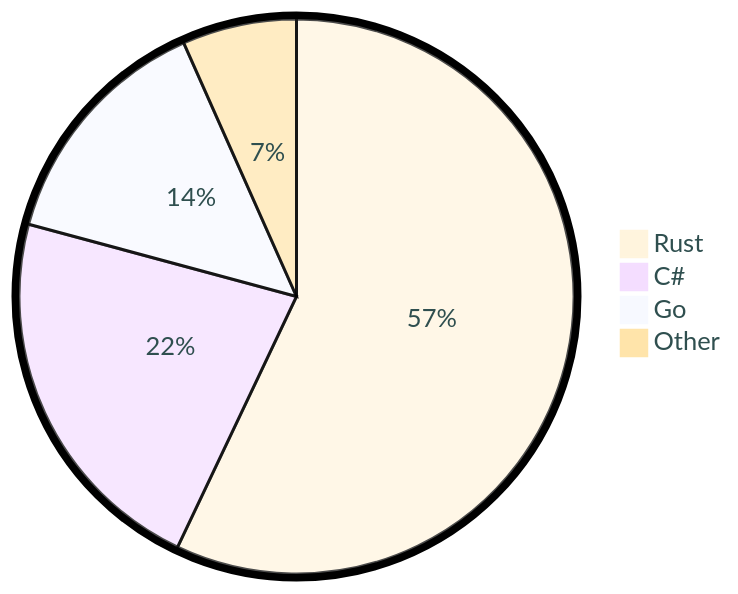
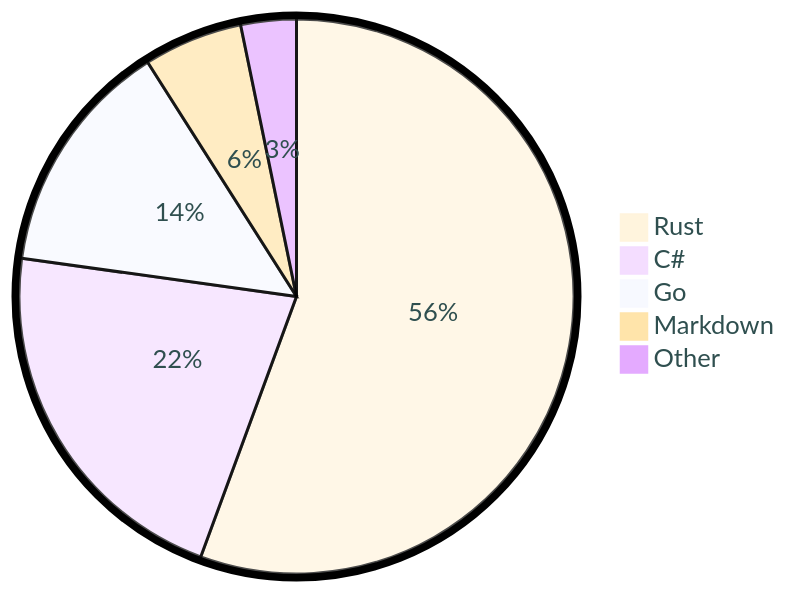
Before and after one commit to tot0p/tot0p: the diagram in README.md, drawn with Mermaid. The commit also changed other lines of this file, not shown here.

````diff
--- a/README.md
+++ b/README.md
@@ -79,8 +79,9 @@
 ```mermaid
 %%{init: {"pie": {"textPosition": 0.5}, "themeVariables": {"pieOuterStrokeWidth": "5px","primaryTextColor" : "#2F4F4F"},"theme":"base"} }%%
 pie
-	"Rust": 57.04
-	"C#": 22.14
-	"Go": 14.14
-	"Other": 6.659999999999999
+	"Rust": 55.61
+	"C#": 21.59
+	"Go": 13.79
+	"Markdown": 5.78
+	"Other": 3.23
 ```
````
